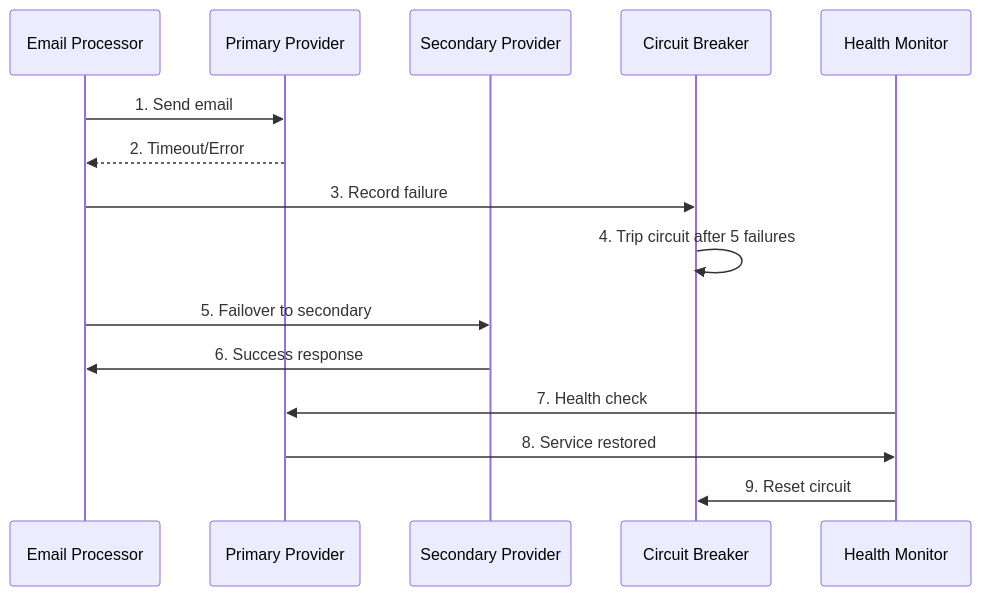
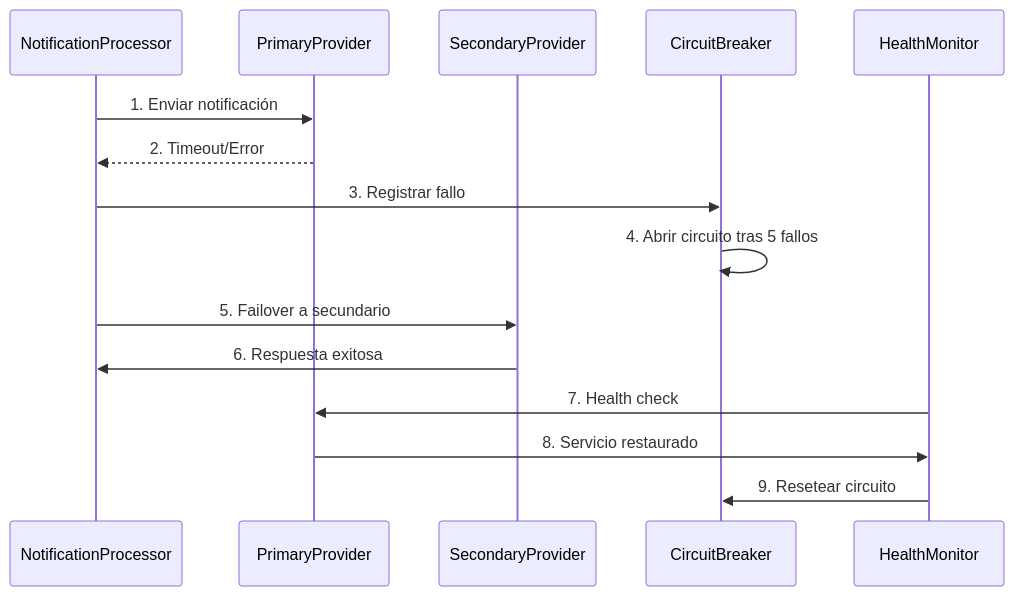
Before and after one commit to jclemente-tlm/tlm-arq-servicios-corporativos: the fourth of 4 diagrams in docs/servicio-notificacion/06-vista-tiempo-ejecucion.md, drawn with Mermaid. The commit also changed other lines of this file and 37 other files, not shown here.

````diff
--- a/docs/servicio-notificacion/06-vista-tiempo-ejecucion.md
+++ b/docs/servicio-notificacion/06-vista-tiempo-ejecucion.md
@@ -277,19 +171,19 @@
 ```mermaid
 sequenceDiagram
-    participant Processor as Email Processor
-    participant Primary as Primary Provider
-    participant Secondary as Secondary Provider
-    participant Circuit as Circuit Breaker
-    participant Monitor as Health Monitor
+    participant NotificationProcessor as NotificationProcessor
+    participant PrimaryProvider as PrimaryProvider
+    participant SecondaryProvider as SecondaryProvider
+    participant CircuitBreaker as CircuitBreaker
+    participant HealthMonitor as HealthMonitor
 
-    Processor->>Primary: 1. Send email
-    Primary-->>Processor: 2. Timeout/Error
-    Processor->>Circuit: 3. Record failure
-    Circuit->>Circuit: 4. Trip circuit after 5 failures
-    Processor->>Secondary: 5. Failover to secondary
-    Secondary->>Processor: 6. Success response
+    NotificationProcessor->>PrimaryProvider: 1. Enviar notificación
+    PrimaryProvider-->>NotificationProcessor: 2. Timeout/Error
+    NotificationProcessor->>CircuitBreaker: 3. Registrar fallo
+    CircuitBreaker->>CircuitBreaker: 4. Abrir circuito tras 5 fallos
+    NotificationProcessor->>SecondaryProvider: 5. Failover a secundario
+    SecondaryProvider->>NotificationProcessor: 6. Respuesta exitosa
 
-    Monitor->>Primary: 7. Health check
-    Primary->>Monitor: 8. Service restored
-    Monitor->>Circuit: 9. Reset circuit
+    HealthMonitor->>PrimaryProvider: 7. Health check
+    PrimaryProvider->>HealthMonitor: 8. Servicio restaurado
+    HealthMonitor->>CircuitBreaker: 9. Resetear circuito
 ```
````
